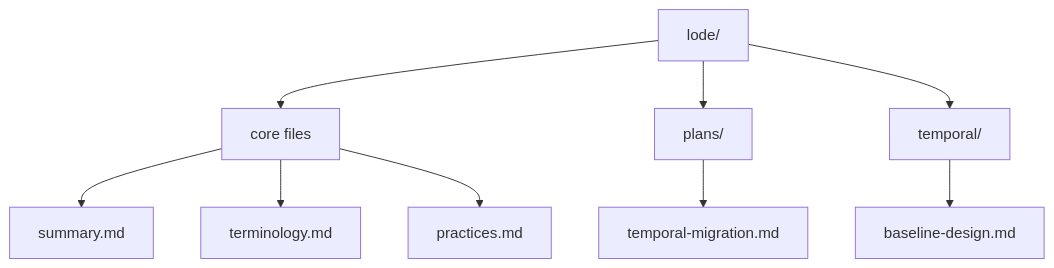
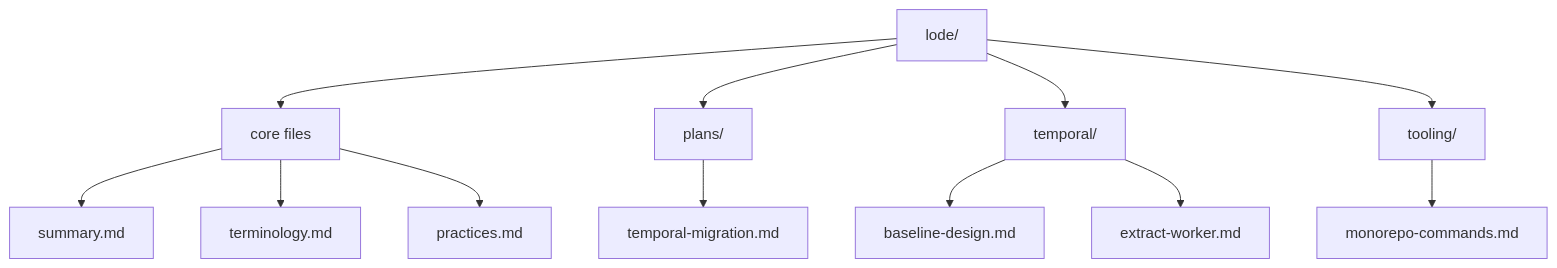
Before and after one commit to dxta-dev/pipeline: the diagram in lode/lode-map.md, drawn with Mermaid. The commit also changed other lines of this file and 34 other files, not shown here.

````diff
--- a/lode/lode-map.md
+++ b/lode/lode-map.md
@@ -33,11 +37,14 @@
 ```mermaid
 flowchart TD
   lode[lode/] --> core[core files]
   lode --> plans[plans/]
   lode --> temporal[temporal/]
+  lode --> tooling[tooling/]
   core --> summary[summary.md]
   core --> terminology[terminology.md]
   core --> practices[practices.md]
   plans --> migration[temporal-migration.md]
+  tooling --> commands[monorepo-commands.md]
   temporal --> baseline[baseline-design.md]
+  temporal --> extractWorker[extract-worker.md]
 ```
````
